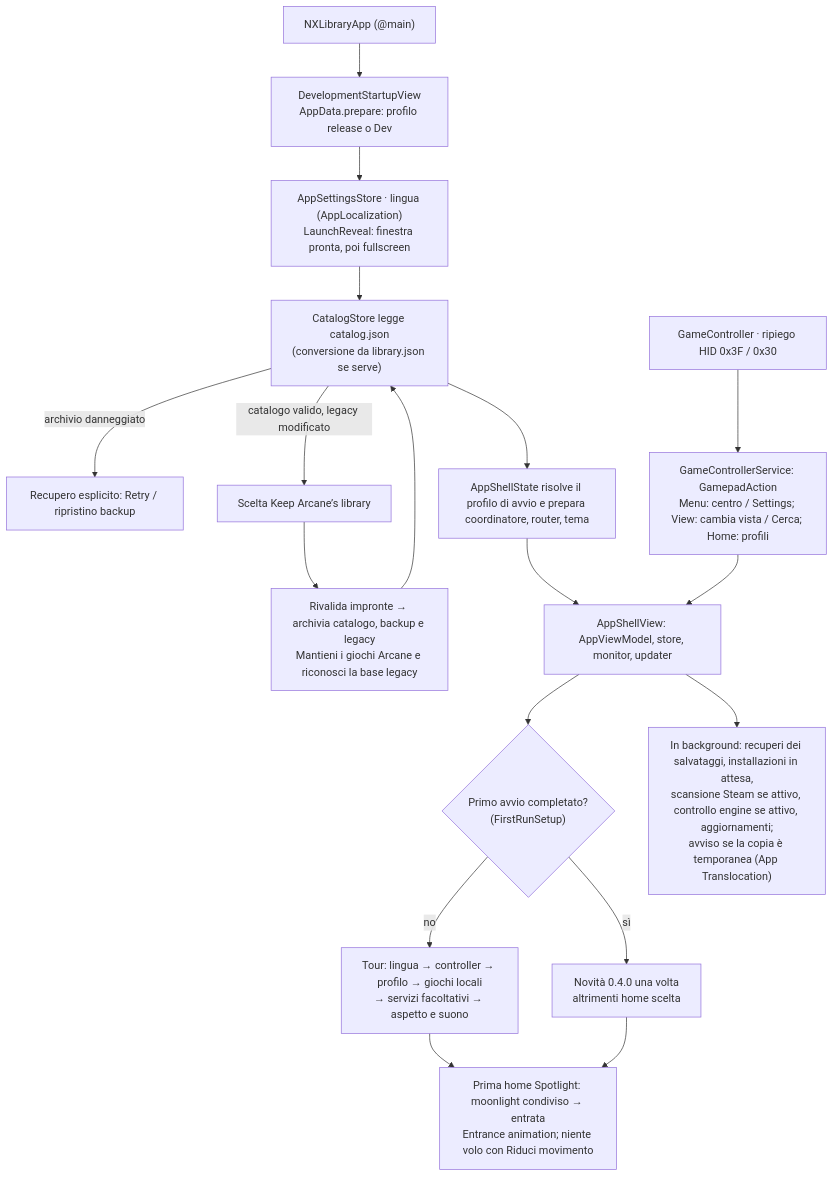
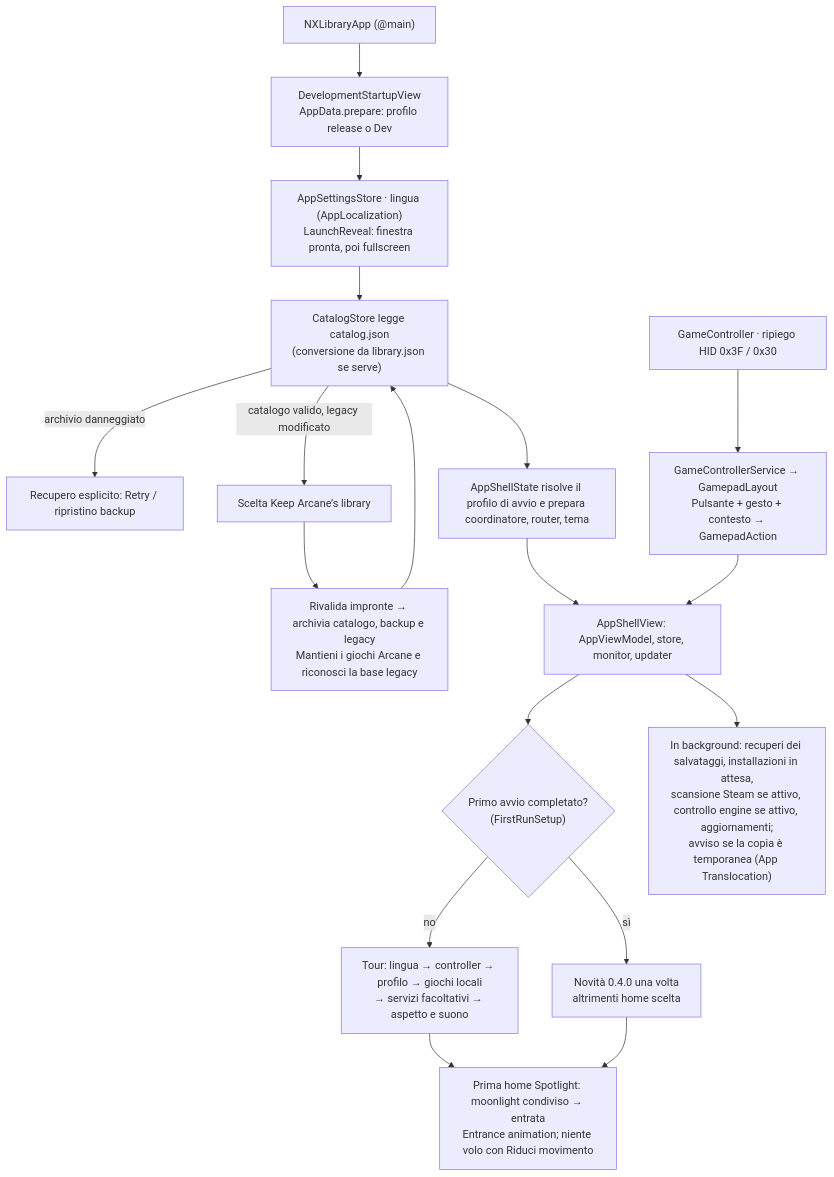
The first of 9 diagrams in docs/how-it-works/flows.md (sofianbll/oort-nx), drawn with Mermaid before and after one commit. The commit also changed other lines of this file and 35 other files, not shown here.

````diff
--- a/docs/how-it-works/flows.md
+++ b/docs/how-it-works/flows.md
@@ -17,20 +17,20 @@
 ```mermaid
 flowchart TD
     A["NXLibraryApp (@main)"] --> B["DevelopmentStartupView<br/>AppData.prepare: profilo release o Dev"]
     B --> C["AppSettingsStore · lingua (AppLocalization)<br/>LaunchReveal: finestra pronta, poi fullscreen"]
     C --> D["CatalogStore legge catalog.json<br/>(conversione da library.json se serve)"]
     D -->|"archivio danneggiato"| R["Recupero esplicito: Retry / ripristino backup"]
     D -->|"catalogo valido, legacy modificato"| L["Scelta Keep Arcane’s library"]
     L --> LA["Rivalida impronte → archivia catalogo, backup e legacy<br/>Mantieni i giochi Arcane e riconosci la base legacy"]
     LA --> D
     D --> E["AppShellState risolve il profilo di avvio e prepara coordinatore, router, tema"]
     E --> F["AppShellView: AppViewModel, store, monitor, updater"]
     F --> G{"Primo avvio completato?<br/>(FirstRunSetup)"}
     G -->|"no"| H["Tour: lingua → controller → profilo → giochi locali<br/>→ servizi facoltativi → aspetto e suono"]
     G -->|"sì"| I["Novità 0.4.0 una volta<br/>altrimenti home scelta"]
     H --> K["Prima home Spotlight: moonlight condiviso → entrata<br/>Entrance animation; niente volo con Riduci movimento"]
     I --> K
     F --> J["In background: recuperi dei salvataggi, installazioni in attesa,<br/>scansione Steam se attivo, controllo engine se attivo, aggiornamenti;<br/>avviso se la copia è temporanea (App Translocation)"]
-    P["GameController · ripiego HID 0x3F / 0x30"] --> Q["GameControllerService: GamepadAction<br/>Menu: centro / Settings; View: cambia vista / Cerca; Home: profili"]
+    P["GameController · ripiego HID 0x3F / 0x30"] --> Q["GameControllerService → GamepadLayout<br/>Pulsante + gesto + contesto → GamepadAction"]
     Q --> F
 ```
````
